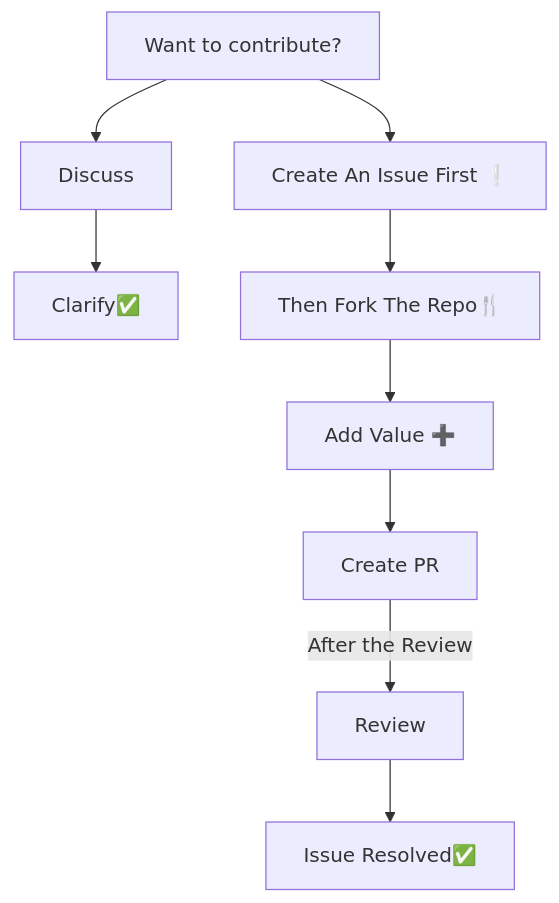
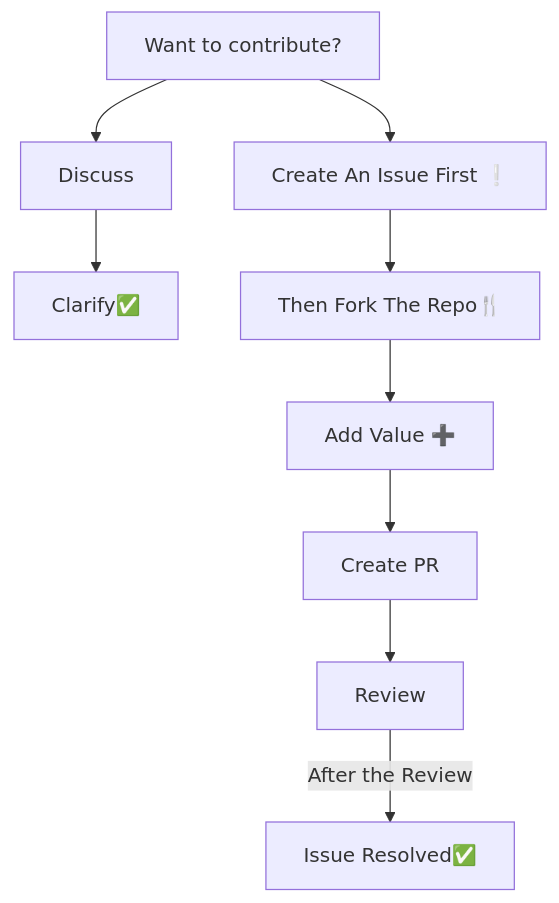
Before and after one commit to PragadeeshM1608/Discrete-Mathematics-and-Its-Applications: the diagram in CONTRIBUTING.md, drawn with Mermaid.

````diff
--- a/CONTRIBUTING.md
+++ b/CONTRIBUTING.md
@@ -16,8 +16,8 @@
 ```mermaid
 graph TD
 Contribute[Want to contribute?]
 Contribute --> Discuss --> clarify[Clarify✅]
 Contribute --> Issue[Create An Issue First ❕] --> Fork[Then Fork The Repo🍴] --> Value[Add Value ➕] --> Pr[Create PR]
- Pr -->|After the Review| Review
- Review --> Done[Issue Resolved✅]
+ Pr --> Review
+ Review -->|After the Review| Done[Issue Resolved✅]
 ``` 
````
